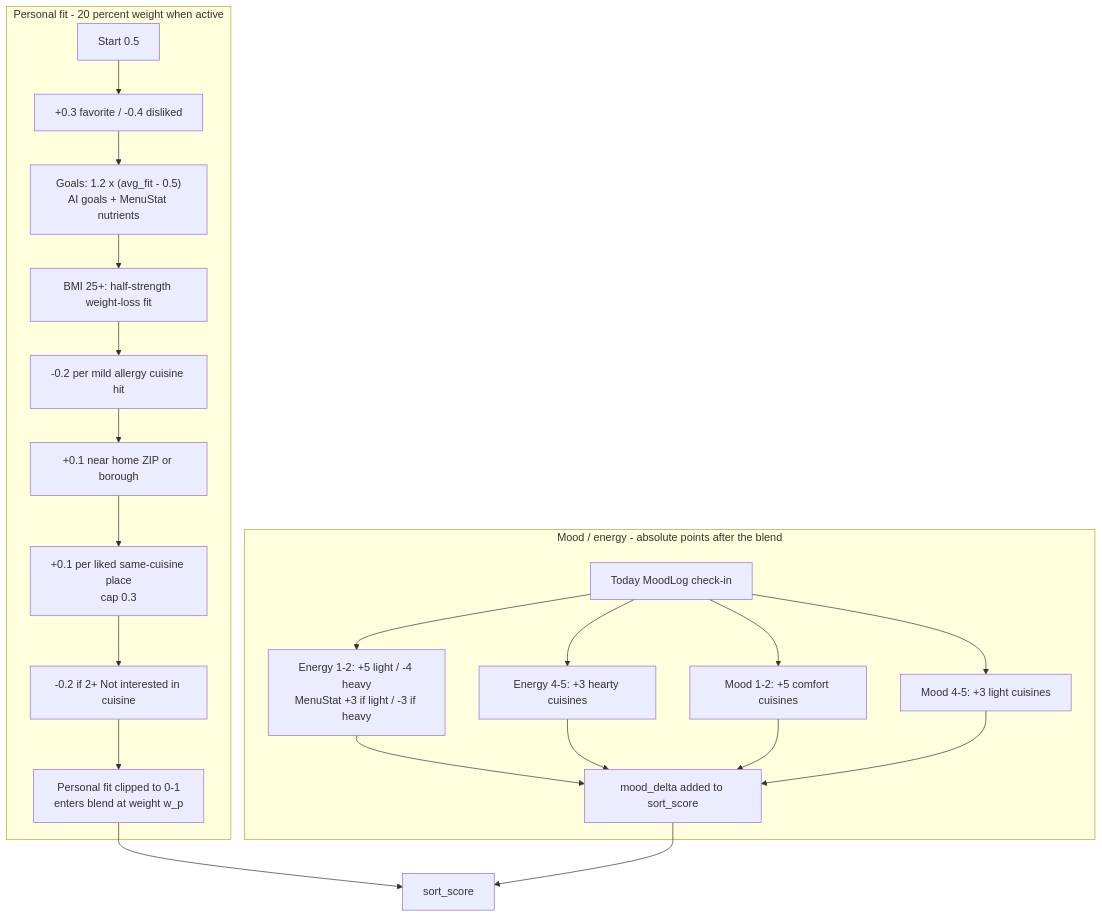
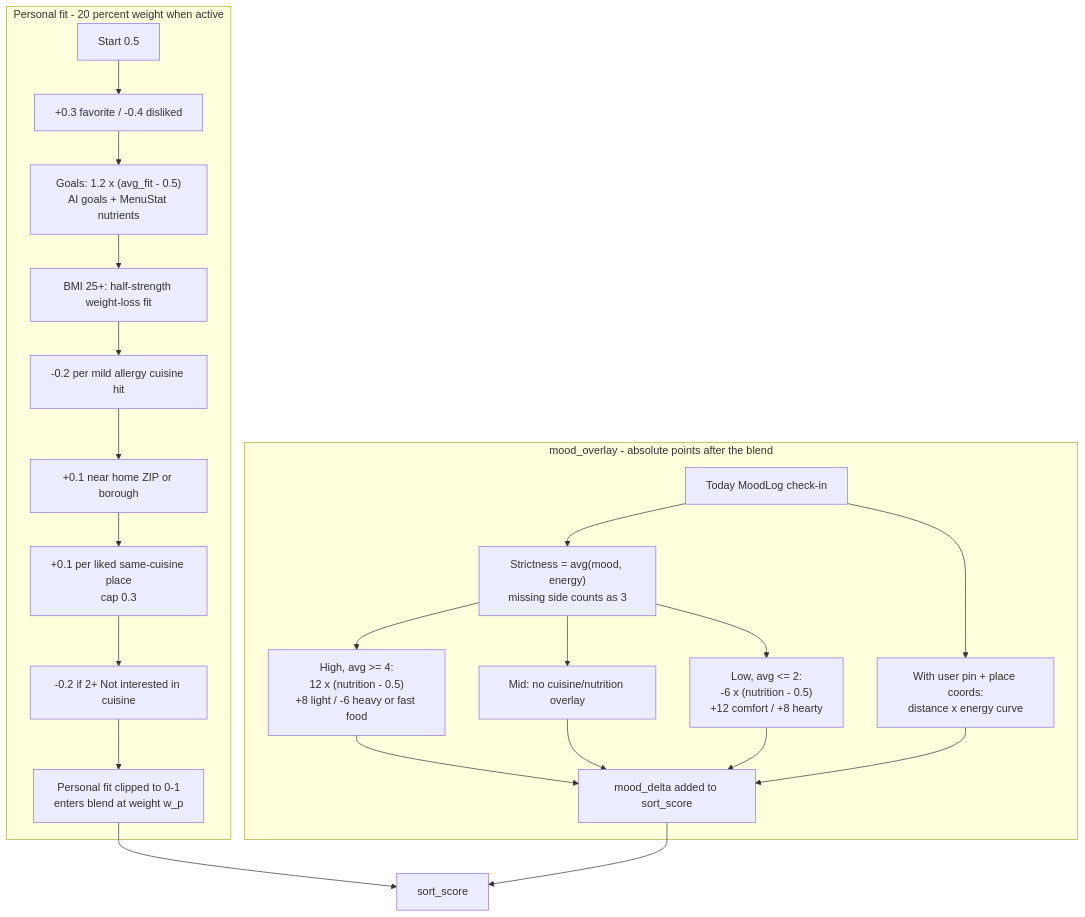
Before and after one commit to NovaBro/team-3-fall26: the fifth of 5 diagrams in md_guides/scoring-pipeline.md, drawn with Mermaid. The commit also changed other lines of this file and 22 other files, not shown here.

````diff
--- a/md_guides/scoring-pipeline.md
+++ b/md_guides/scoring-pipeline.md
@@ -190,27 +201,28 @@
 ```mermaid
 flowchart TD
   subgraph personal [Personal fit - 20 percent weight when active]
     S["Start 0.5"] --> F["+0.3 favorite / -0.4 disliked"]
     F --> G["Goals: 1.2 x (avg_fit - 0.5)<br/>AI goals + MenuStat nutrients"]
     G --> BMI["BMI 25+: half-strength weight-loss fit"]
     BMI --> A["-0.2 per mild allergy cuisine hit"]
     A --> H["+0.1 near home ZIP or borough"]
     H --> L["+0.1 per liked same-cuisine place<br/>cap 0.3"]
     L --> N["-0.2 if 2+ Not interested in cuisine"]
     N --> PF["Personal fit clipped to 0-1<br/>enters blend at weight w_p"]
   end
 
-  subgraph mood [Mood / energy - absolute points after the blend]
-    CHECK["Today MoodLog check-in"] --> E1["Energy 1-2: +5 light / -4 heavy<br/>MenuStat +3 if light / -3 if heavy"]
-    CHECK --> E2["Energy 4-5: +3 hearty cuisines"]
-    CHECK --> M1["Mood 1-2: +5 comfort cuisines"]
-    CHECK --> M2["Mood 4-5: +3 light cuisines"]
-    E1 --> MD["mood_delta added to sort_score"]
-    E2 --> MD
-    M1 --> MD
-    M2 --> MD
+  subgraph mood [mood_overlay - absolute points after the blend]
+    CHECK["Today MoodLog check-in"] --> STR["Strictness = avg(mood, energy)<br/>missing side counts as 3"]
+    STR --> HI["High, avg >= 4:<br/>12 x (nutrition - 0.5)<br/>+8 light / -6 heavy or fast food"]
+    STR --> MID["Mid: no cuisine/nutrition overlay"]
+    STR --> LO["Low, avg <= 2:<br/>-6 x (nutrition - 0.5)<br/>+12 comfort / +8 hearty"]
+    CHECK --> DIST["With user pin + place coords:<br/>distance x energy curve"]
+    HI --> MD["mood_delta added to sort_score"]
+    MID --> MD
+    LO --> MD
+    DIST --> MD
   end
 
   PF --> SORT["sort_score"]
   MD --> SORT
 ```
````
